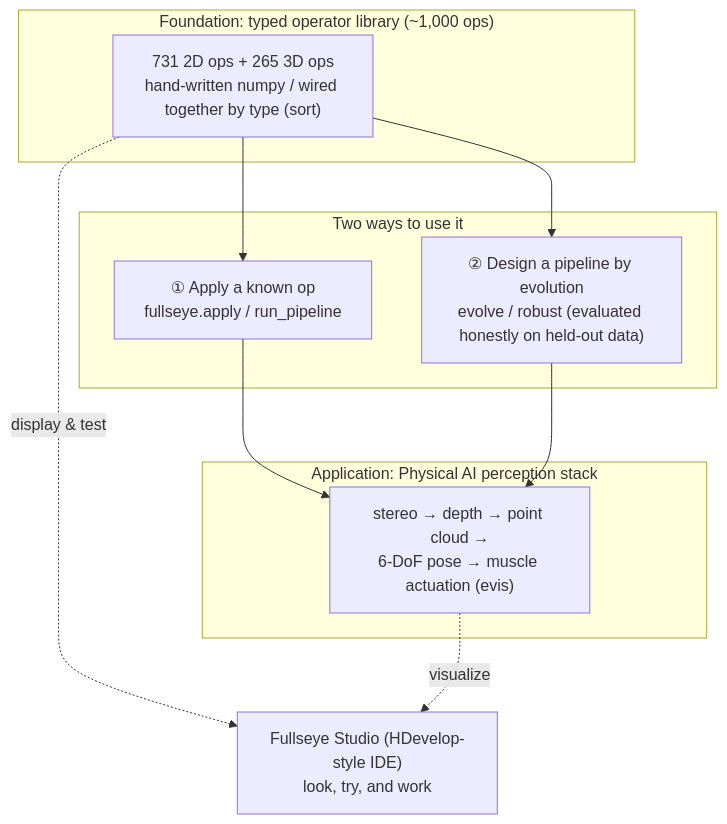
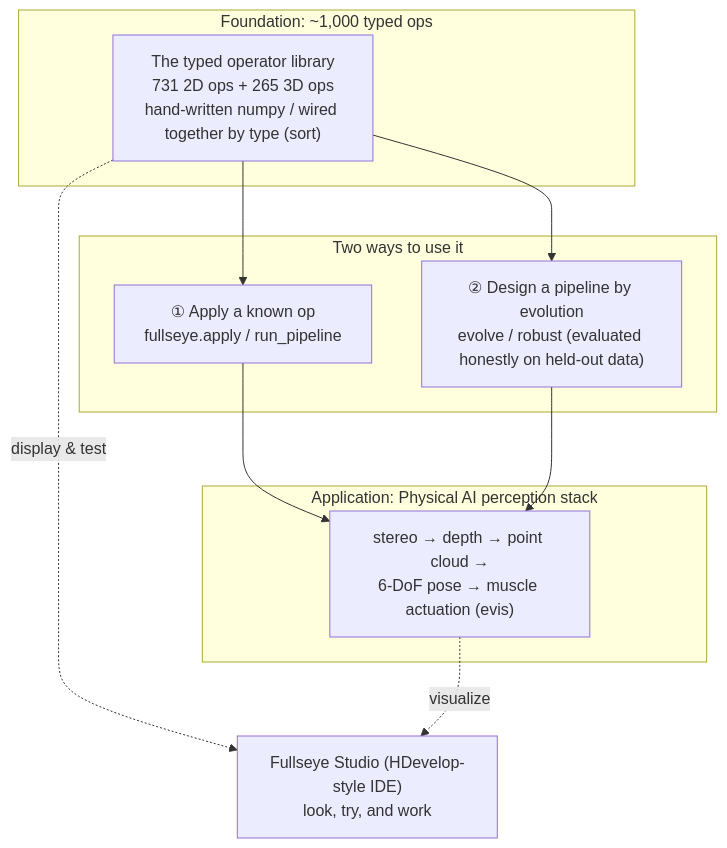
One commit to furuse-kazufumi/fullseye changed the first of 3 diagrams in docs/articles/fullseye_overview_qiita_en.md. Above: the diagram before and after it, drawn with Mermaid.

Commit message:
auto: fullseye_overview_qiita_ja.md 編集前 (2026-08-30 20:45)

````diff
--- a/docs/articles/fullseye_overview_qiita_en.md
+++ b/docs/articles/fullseye_overview_qiita_en.md
@@ -150,19 +150,19 @@
 ```mermaid
 flowchart TB
-    subgraph L0["Foundation: typed operator library (~1,000 ops)"]
-        OPS["731 2D ops + 265 3D ops<br/>hand-written numpy / wired together by type (sort)"]
+    subgraph L0["Foundation: ~1,000 typed ops"]
+        OPS["The typed operator library<br/>731 2D ops + 265 3D ops<br/>hand-written numpy / wired together by type (sort)"]
     end
     subgraph L1["Two ways to use it"]
         APPLY["① Apply a known op<br/>fullseye.apply / run_pipeline"]
         EVO["② Design a pipeline by evolution<br/>evolve / robust (evaluated honestly on held-out data)"]
     end
     subgraph L2["Application: Physical AI perception stack"]
         PERC["stereo → depth → point cloud →<br/>6-DoF pose → muscle actuation (evis)"]
     end
     STUDIO["Fullseye Studio (HDevelop-style IDE)<br/>look, try, and work"]
 
     OPS --> APPLY --> PERC
     OPS --> EVO --> PERC
     OPS -.display & test.-> STUDIO
     PERC -.visualize.-> STUDIO
 ```
````
